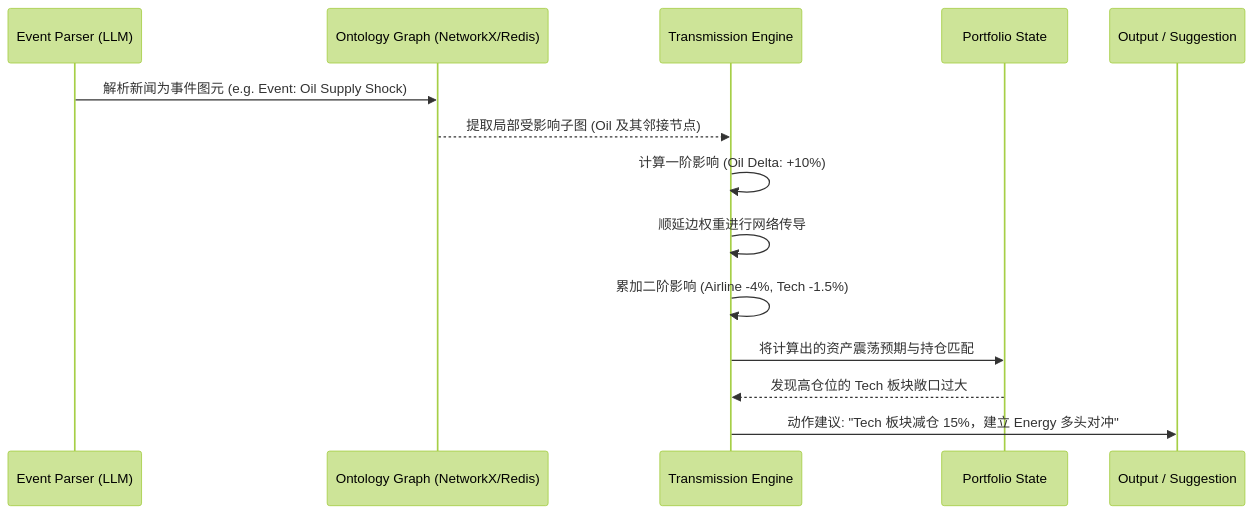
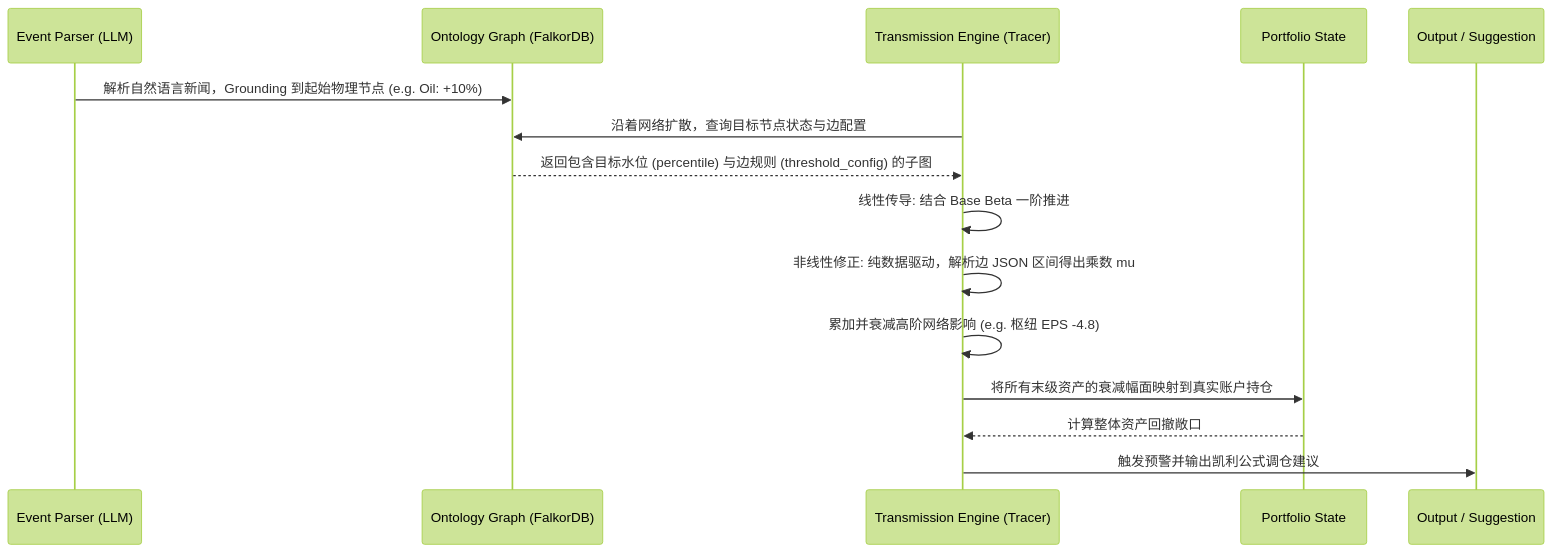
Before and after one commit to stormwine1986/pi-mono-stack: the diagram in irm/ARCHITECTURE.md, drawn with Mermaid (forest theme). The commit also changed other lines of this file and 5 other files, not shown here.

````diff
--- a/irm/ARCHITECTURE.md
+++ b/irm/ARCHITECTURE.md
@@ -235,17 +236,18 @@
 ```mermaid
 sequenceDiagram
     participant LLM as Event Parser (LLM)
-    participant Graph as Ontology Graph (NetworkX/Redis)
-    participant Engine as Transmission Engine
+    participant Graph as Ontology Graph (FalkorDB)
+    participant Engine as Transmission Engine (Tracer)
     participant Portfolio as Portfolio State
     participant UI as Output / Suggestion
 
-    LLM->>Graph: 解析新闻为事件图元 (e.g. Event: Oil Supply Shock)
-    Graph-->>Engine: 提取局部受影响子图 (Oil 及其邻接节点)
-    Engine->>Engine: 计算一阶影响 (Oil Delta: +10%)
-    Engine->>Engine: 顺延边权重进行网络传导
-    Engine->>Engine: 累加二阶影响 (Airline -4%, Tech -1.5%)
-    Engine->>Portfolio: 将计算出的资产震荡预期与持仓匹配
-    Portfolio-->>Engine: 发现高仓位的 Tech 板块敞口过大
-    Engine->>UI: 动作建议: "Tech 板块减仓 15%，建立 Energy 多头对冲"
+    LLM->>Graph: 解析自然语言新闻，Grounding 到起始物理节点 (e.g. Oil: +10%)
+    Engine->>Graph: 沿着网络扩散，查询目标节点状态与边配置
+    Graph-->>Engine: 返回包含目标水位 (percentile) 与边规则 (threshold_config) 的子图
+    Engine->>Engine: 线性传导: 结合 Base Beta 一阶推进
+    Engine->>Engine: 非线性修正: 纯数据驱动，解析边 JSON 区间得出乘数 mu
+    Engine->>Engine: 累加并衰减高阶网络影响 (e.g. 枢纽 EPS -4.8)
+    Engine->>Portfolio: 将所有末级资产的衰减幅面映射到真实账户持仓
+    Portfolio-->>Engine: 计算整体资产回撤敞口
+    Engine->>UI: 触发预警并输出凯利公式调仓建议
 ```
````
